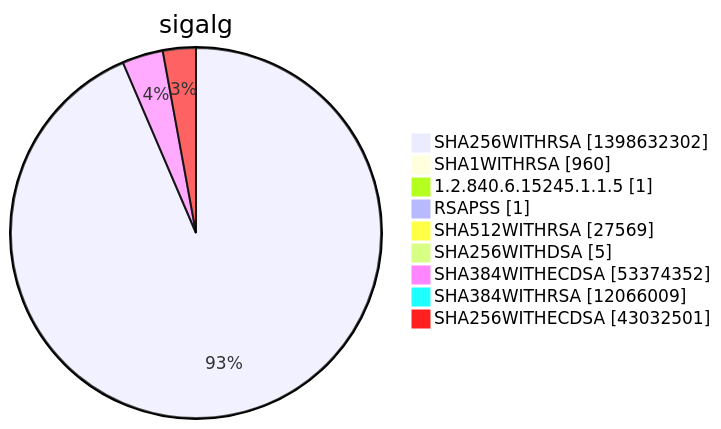
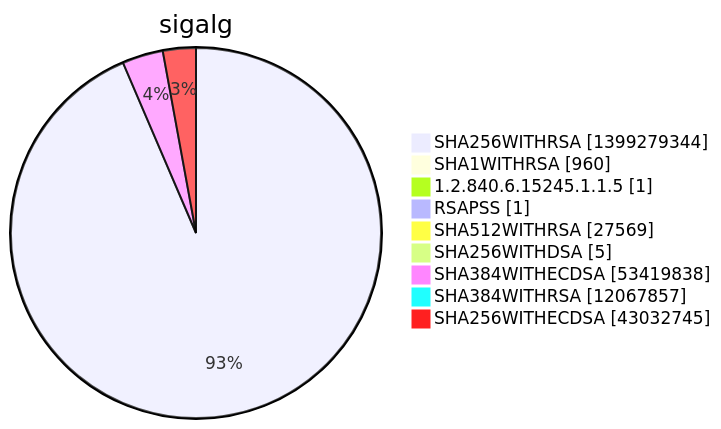
Before and after one commit to christiankrug/ctmonitor_visualization: diagram 15 of 15 in argon2022/README.md, drawn with Mermaid. The commit also changed other lines of this file, not shown here.

````diff
--- a/argon2022/README.md
+++ b/argon2022/README.md
@@ -5524,13 +5524,13 @@
 ```mermaid
 pie showData
 title sigalg
-"SHA256WITHRSA" :1398632302
+"SHA256WITHRSA" :1399279344
 "SHA1WITHRSA" :960
 "1.2.840.6.15245.1.1.5" :1
 "RSAPSS" :1
 "SHA512WITHRSA" :27569
 "SHA256WITHDSA" :5
-"SHA384WITHECDSA" :53374352
-"SHA384WITHRSA" :12066009
-"SHA256WITHECDSA" :43032501
+"SHA384WITHECDSA" :53419838
+"SHA384WITHRSA" :12067857
+"SHA256WITHECDSA" :43032745
 ```
````
